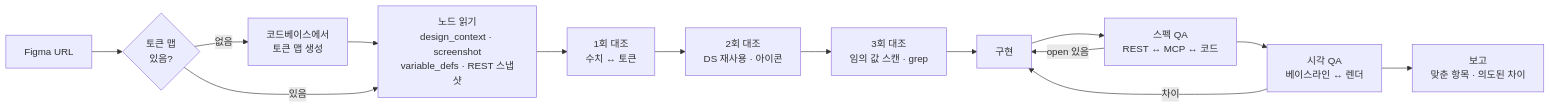
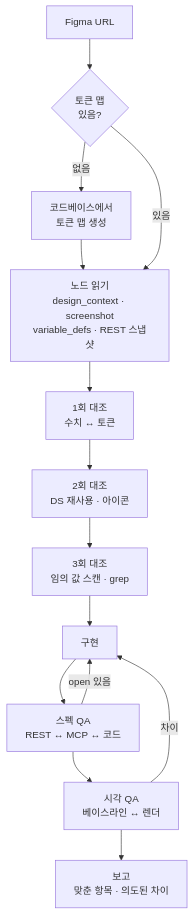
One commit to Ahnseungc/figma-to-code changed the second of 2 diagrams in README.md. Above: the diagram before and after it, drawn with Mermaid.

Commit message:
docs: README 작업 흐름도를 세로 방향으로

````diff
--- a/README.md
+++ b/README.md
@@ -54,15 +54,15 @@
 ```mermaid
-flowchart LR
+flowchart TB
   A[Figma URL] --> B{토큰 맵<br/>있음?}
   B -- 없음 --> B1[코드베이스에서<br/>토큰 맵 생성] --> C
   B -- 있음 --> C[노드 읽기<br/>design_context · screenshot<br/>variable_defs · REST 스냅샷]
   C --> D[1회 대조<br/>수치 ↔ 토큰]
   D --> E[2회 대조<br/>DS 재사용 · 아이콘]
   E --> F[3회 대조<br/>임의 값 스캔 · grep]
   F --> G[구현]
   G --> H[스펙 QA<br/>REST ↔ MCP ↔ 코드]
   H -- open 있음 --> G
   H --> I[시각 QA<br/>베이스라인 ↔ 렌더]
   I -- 차이 --> G
   I --> J[보고<br/>맞춘 항목 · 의도된 차이]
 ```
````
